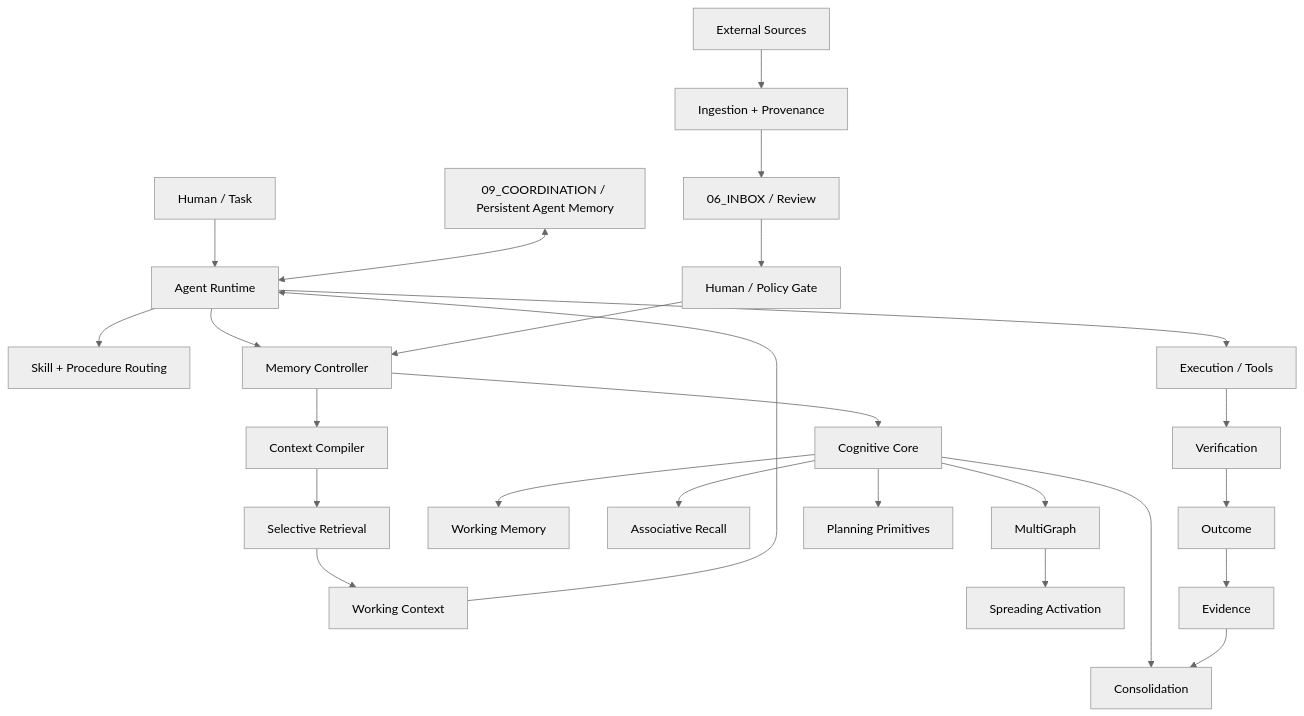
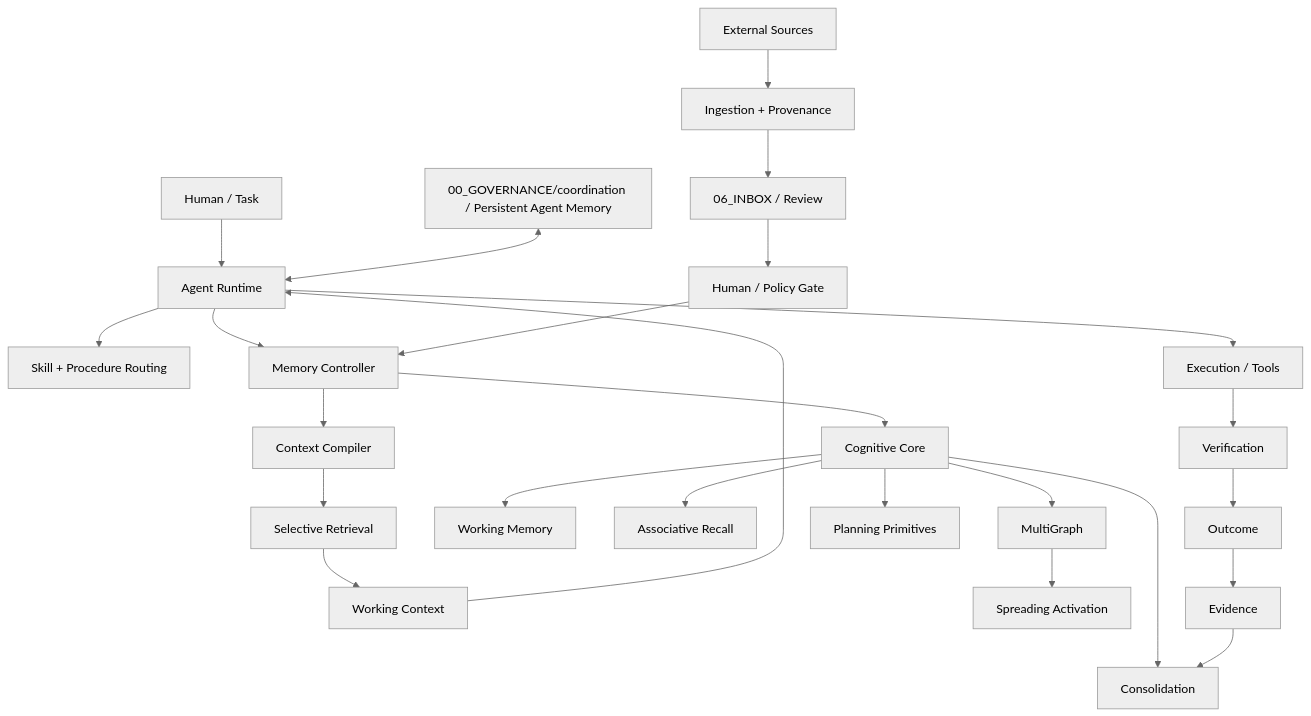
Before and after one commit to userist123/AI_Memory_Vault_CODEX_READY: the second of 2 diagrams in README.md, drawn with Mermaid (neutral theme). The commit also changed other lines of this file and 84 other files, not shown here.

````diff
--- a/README.md
+++ b/README.md
@@ -87,31 +87,31 @@
 ```mermaid
 flowchart TB
     U[Human / Task] --> R[Agent Runtime]
     R --> S[Skill + Procedure Routing]
     R --> M[Memory Controller]
     M --> C[Context Compiler]
     C --> Q[Selective Retrieval]
     Q --> W[Working Context]
     W --> R
 
     M --> CC[Cognitive Core]
     CC --> WM[Working Memory]
     CC --> RC[Associative Recall]
     CC --> MG[MultiGraph]
     MG --> SA[Spreading Activation]
     CC --> PL[Planning Primitives]
     CC --> CO[Consolidation]
 
     R --> EX[Execution / Tools]
     EX --> VF[Verification]
     VF --> OUT[Outcome]
     OUT --> EVI[Evidence]
     EVI --> CO
 
     RAW[External Sources] --> ING[Ingestion + Provenance]
     ING --> INBOX[06_INBOX / Review]
     INBOX --> HG[Human / Policy Gate]
     HG --> M
 
-    P[09_COORDINATION / Persistent Agent Memory] <--> R
+    P[00_GOVERNANCE/coordination / Persistent Agent Memory] <--> R
 ```
````
